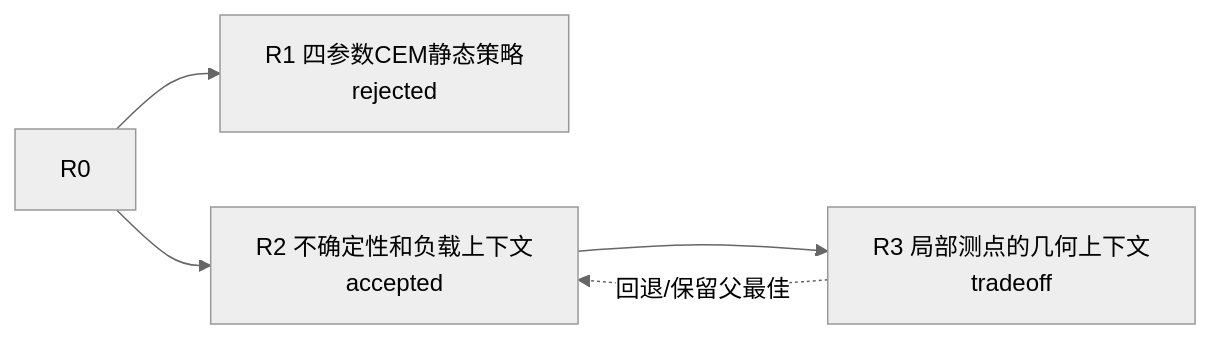
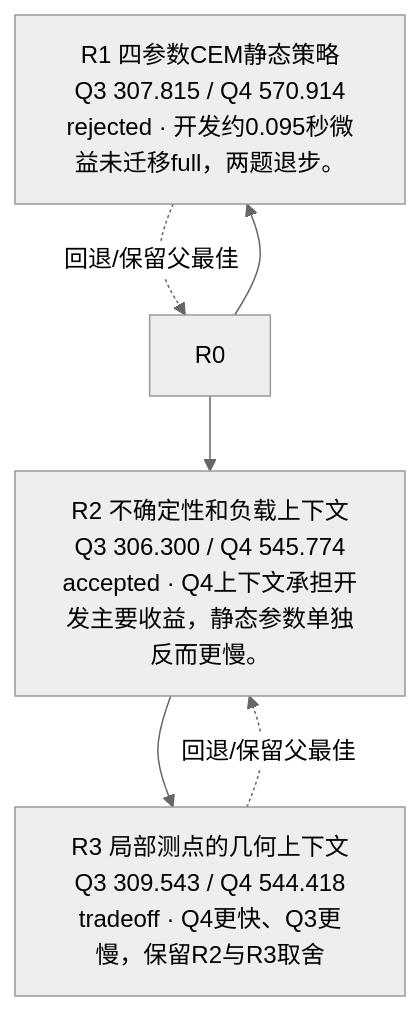
One commit to xiangguaguadadi-dot/cumcm2026-b changed the sixth of 10 diagrams in experiments/R1_atlas/DIRECTION_MAP.md. Above: the diagram before and after it, drawn with Mermaid (neutral theme). The commit also changed other lines of this file and 81 other files, not shown here.

````diff
--- a/experiments/R1_atlas/DIRECTION_MAP.md
+++ b/experiments/R1_atlas/DIRECTION_MAP.md
@@ -180,10 +181,11 @@
 ```mermaid
-flowchart LR
-  A5_learning_R1["R1 四参数CEM静态策略<br/>rejected"]
+flowchart TB
+  A5_learning_R1["R1 四参数CEM静态策略<br/>Q3 307.815 / Q4 570.914<br/>rejected · 开发约0.095秒微益未迁移full，两题退步。"]
   R0 --> A5_learning_R1
-  A5_learning_R2["R2 不确定性和负载上下文<br/>accepted"]
+  A5_learning_R1 -. "回退/保留父最佳" .-> R0
+  A5_learning_R2["R2 不确定性和负载上下文<br/>Q3 306.300 / Q4 545.774<br/>accepted · Q4上下文承担开发主要收益，静态参数单独反而更慢。"]
   R0 --> A5_learning_R2
-  A5_learning_R3["R3 局部测点的几何上下文<br/>tradeoff"]
+  A5_learning_R3["R3 局部测点的几何上下文<br/>Q3 309.543 / Q4 544.418<br/>tradeoff · Q4更快、Q3更慢，保留R2与R3取舍"]
   A5_learning_R2 --> A5_learning_R3
   A5_learning_R3 -. "回退/保留父最佳" .-> A5_learning_R2
 ```
````
